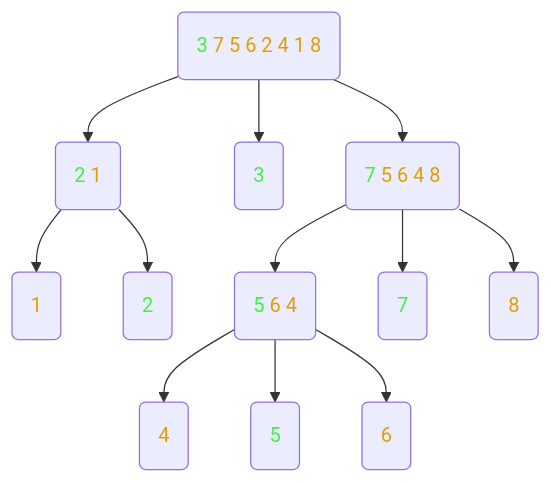
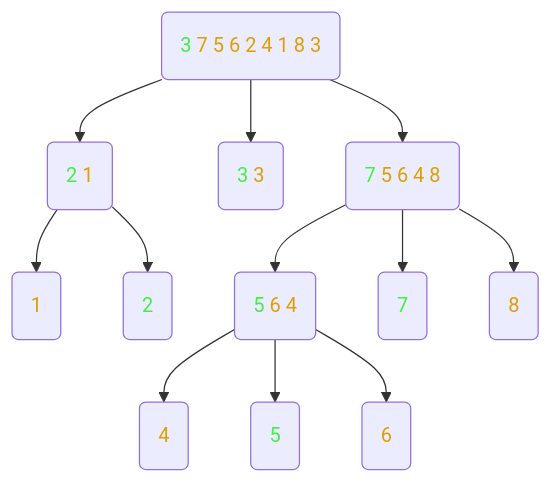
One commit to olywoolsey/Notes changed the diagram in Semester3/COMP2711-Algorithms1/Quick Sort.md. Above: the diagram before and after it, drawn with Mermaid. The commit also changed other lines of this file and 5 other files, not shown here.

````diff
--- a/Semester3/COMP2711-Algorithms1/Quick Sort.md
+++ b/Semester3/COMP2711-Algorithms1/Quick Sort.md
@@ -8,15 +8,15 @@
 ```mermaid
 graph TD
-node1("<font color=#44ee44>3 <font color=default>7 5 6 2 4 1 8")
+node1("<font color=#44ee44>3 <font color=default>7 5 6 2 4 1 8 3")
 node1 --> node2("<font color=#44ee44>2 <font color=default>1")
-node1 --> node3("<font color=#44ee44>3")
+node1 --> node3("<font color=#44ee44>3 <font color=default>3")
 node2 --> node4("<font color=default">1)
 node2 --> node5("<font color=#44ee44>2")
 node1 --> node6("<font color=#44ee44>7 <font color=default>5 6 4 8")
 node6 --> node7("<font color=#44ee44>5 <font color=default>6 4")
 node6 --> node8("<font color=#44ee44>7")
 node6 --> node9("<font color=default>8")
 node7 --> node10("<font color=default>4")
 node7 --> node11("<font color=#44ee44>5")
 node7 --> node12("<font color=default>6")
 ```
````
